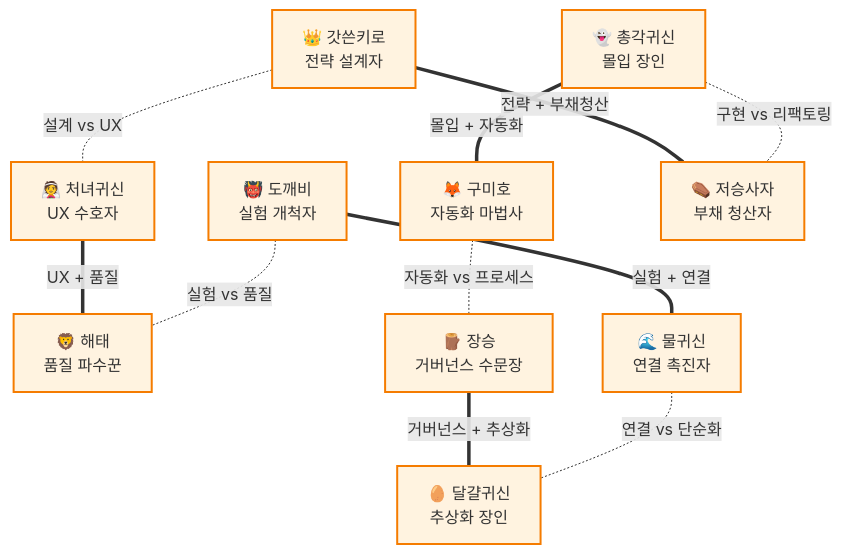
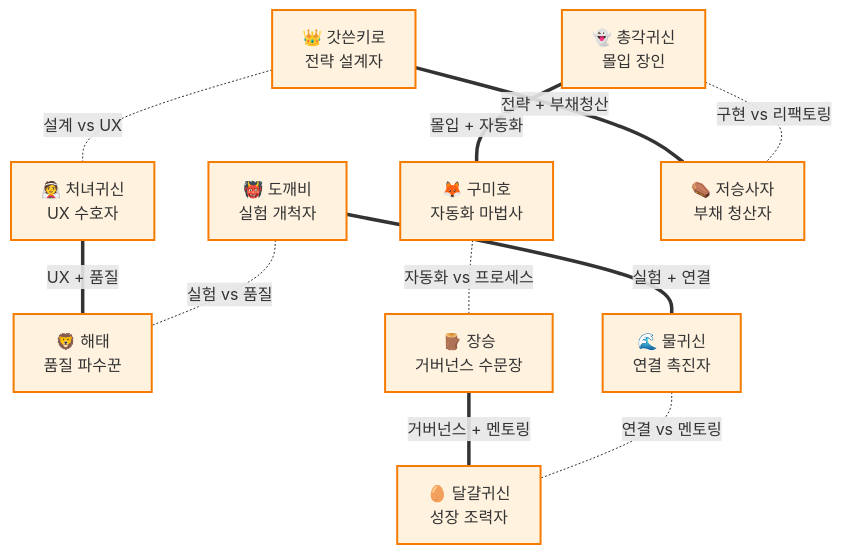
The third of 3 diagrams in docs/character-network.md (yansonz/kiro-friends), drawn with Mermaid before and after one commit. The commit also changed other lines of this file and 2 other files, not shown here.

First line of the commit message:
feat(i18n): update Dalgyal character to Growth Facilitator

````diff
--- a/docs/character-network.md
+++ b/docs/character-network.md
@@ -61,32 +61,32 @@
 ```mermaid
 graph TB
     %% 캐릭터 노드
     gatssn["👑 갓쓴키로<br/>전략 설계자"]
     chonggak["👻 총각귀신<br/>몰입 장인"]
     cheonyeo["👰 처녀귀신<br/>UX 수호자"]
     dokkaebi["👹 도깨비<br/>실험 개척자"]
     gumiho["🦊 구미호<br/>자동화 마법사"]
     haetae["🦁 해태<br/>품질 파수꾼"]
     jangseung["🪵 장승<br/>거버넌스 수문장"]
     jeoseung["⚰️ 저승사자<br/>부채 청산자"]
     mulgwisin["🌊 물귀신<br/>연결 촉진자"]
-    dalgyal["🥚 달걀귀신<br/>추상화 장인"]
+    dalgyal["🥚 달걀귀신<br/>성장 조력자"]
     
     %% 시너지 관계 (파란색 실선)
     gatssn ===|"전략 + 부채청산"| jeoseung
     chonggak ===|"몰입 + 자동화"| gumiho
     cheonyeo ===|"UX + 품질"| haetae
     dokkaebi ===|"실험 + 연결"| mulgwisin
-    jangseung ===|"거버넌스 + 추상화"| dalgyal
+    jangseung ===|"거버넌스 + 멘토링"| dalgyal
     
     %% 긴장 관계 (빨간색 점선)
     gatssn -.-|"설계 vs UX"| cheonyeo
     chonggak -.-|"구현 vs 리팩토링"| jeoseung
     dokkaebi -.-|"실험 vs 품질"| haetae
     gumiho -.-|"자동화 vs 프로세스"| jangseung
-    mulgwisin -.-|"연결 vs 단순화"| dalgyal
+    mulgwisin -.-|"연결 vs 멘토링"| dalgyal
     
     %% 스타일
     classDef defaultNode fill:#fff3e0,stroke:#f57c00,stroke-width:2px
     class gatssn,chonggak,cheonyeo,dokkaebi,gumiho,haetae,jangseung,jeoseung,mulgwisin,dalgyal defaultNode
 ```
````
